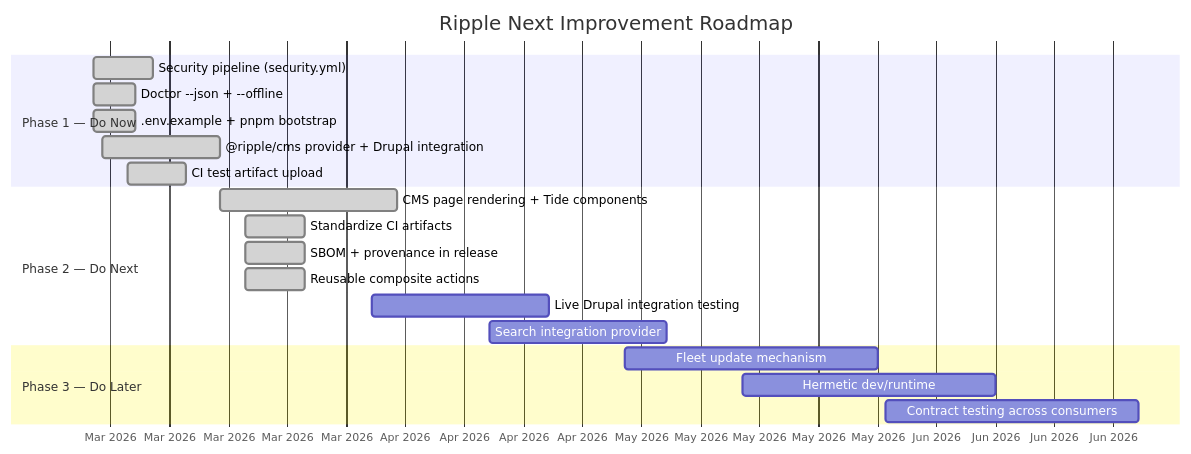
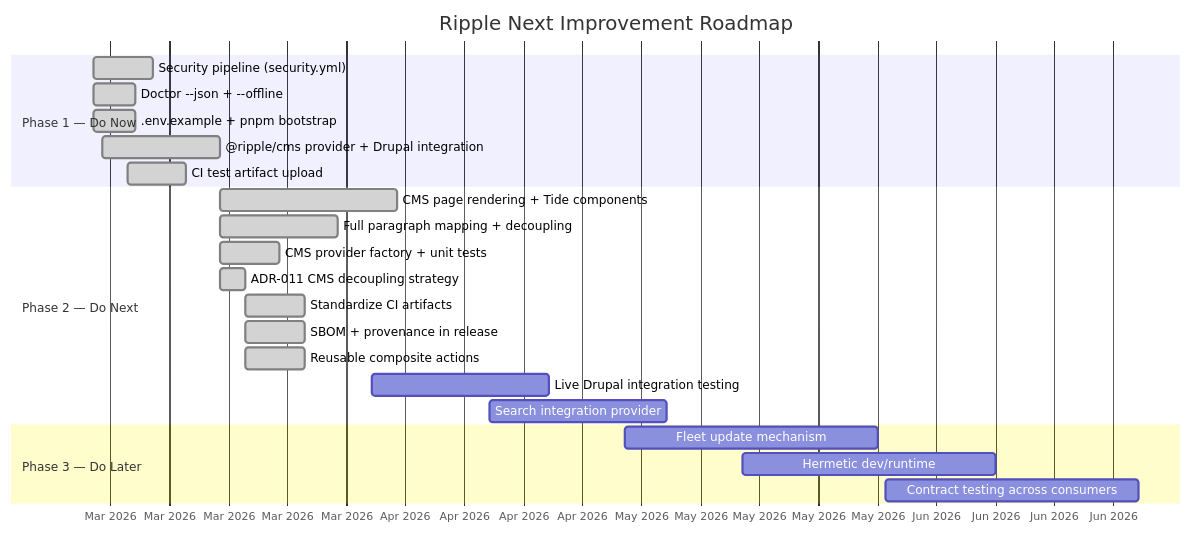
Before and after one commit to jbejenar/ripple-next: the eighth of 10 diagrams in docs/product-roadmap/README.md, drawn with Mermaid. The commit also changed other lines of this file and 19 other files, not shown here.

````diff
--- a/docs/product-roadmap/README.md
+++ b/docs/product-roadmap/README.md
@@ -461,26 +491,29 @@
 ```mermaid
 gantt
     title Ripple Next Improvement Roadmap
     dateFormat YYYY-MM-DD
     axisFormat %b %Y
 
     section Phase 1 — Do Now
     Security pipeline (security.yml)           :done, sec, 2026-02-27, 7d
     Doctor --json + --offline                  :done, doc, 2026-02-27, 5d
     .env.example + pnpm bootstrap              :done, env, 2026-02-27, 5d
     @ripple/cms provider + Drupal integration  :done, cms, 2026-02-28, 14d
     CI test artifact upload                    :done, art, 2026-03-03, 7d
 
     section Phase 2 — Do Next
     CMS page rendering + Tide components       :done, cms2, 2026-03-14, 21d
+    Full paragraph mapping + decoupling        :done, para, 2026-03-14, 14d
+    CMS provider factory + unit tests          :done, factory, 2026-03-14, 7d
+    ADR-011 CMS decoupling strategy            :done, adr11, 2026-03-14, 3d
     Standardize CI artifacts                   :done, ci_art, 2026-03-17, 7d
     SBOM + provenance in release               :done, sbom, 2026-03-17, 7d
     Reusable composite actions                 :done, reuse, 2026-03-17, 7d
     Live Drupal integration testing            :drupal, 2026-04-01, 21d
     Search integration provider                :search, 2026-04-15, 21d
 
     section Phase 3 — Do Later
     Fleet update mechanism                     :fleet, 2026-05-01, 30d
     Hermetic dev/runtime                       :hermetic, 2026-05-15, 30d
     Contract testing across consumers          :contract, 2026-06-01, 30d
 ```
````
